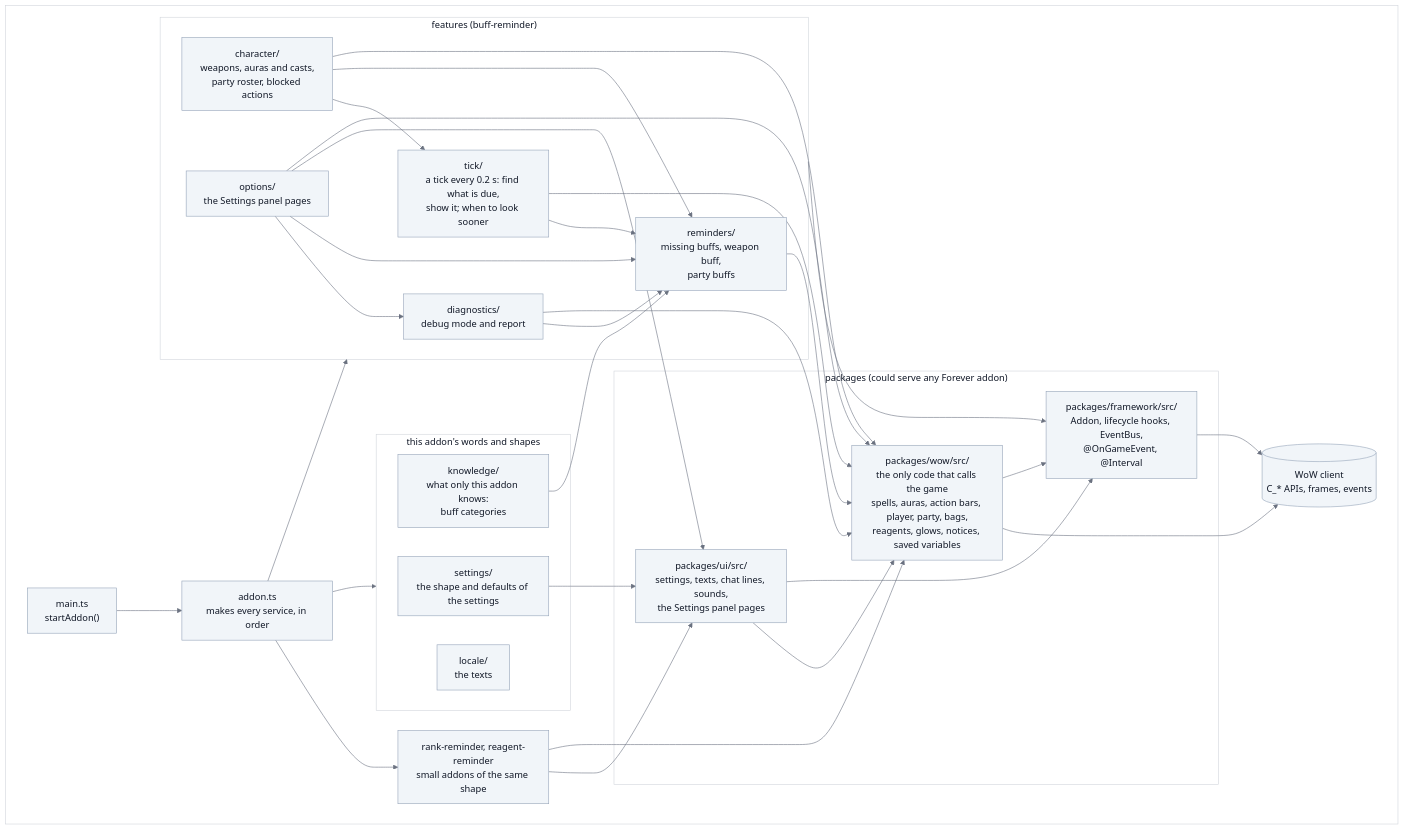
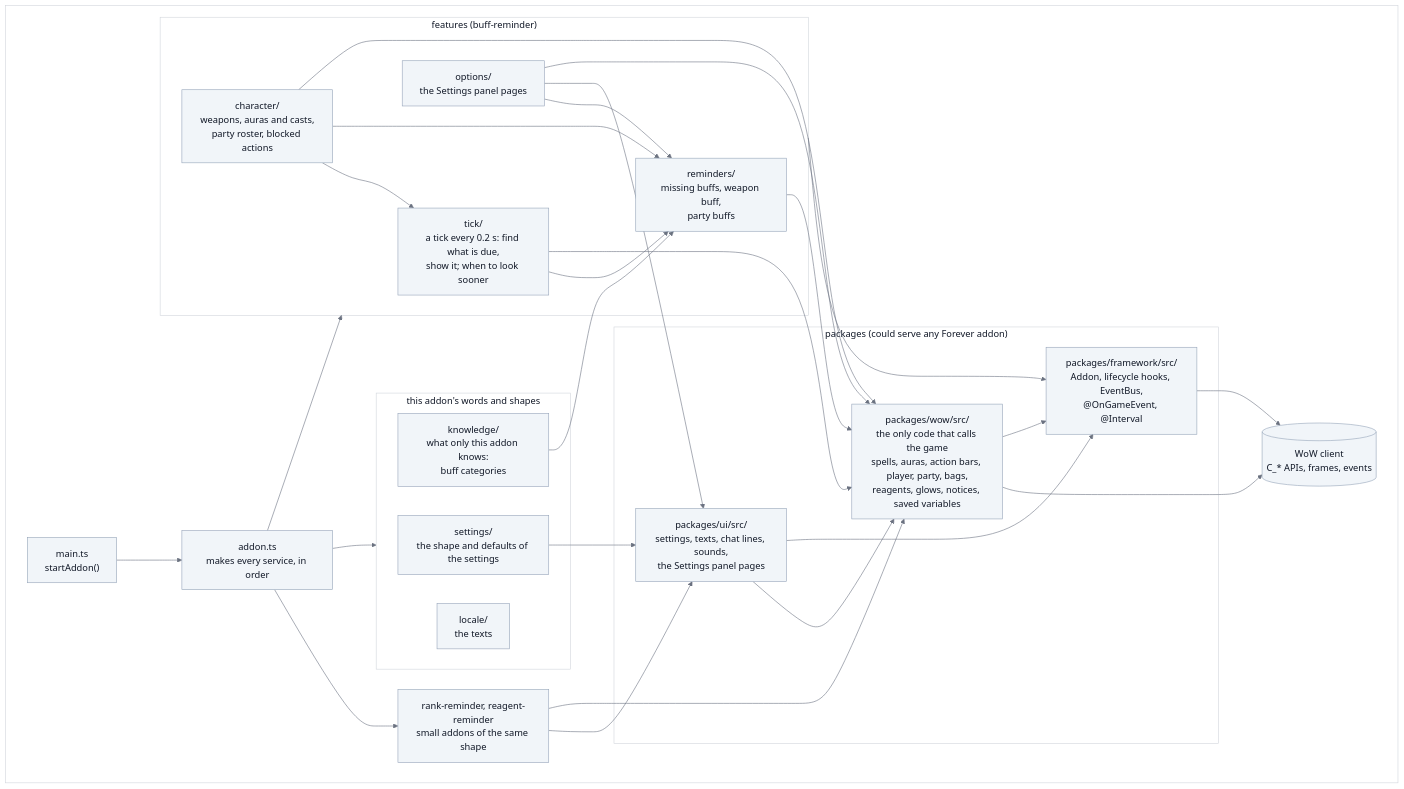
The second of 7 diagrams in docs/architecture.md (vattiss/wowkit), drawn with Mermaid before and after one commit. The commit also changed other lines of this file and 50 other files, not shown here.

First line of the commit message:
feat: one main page per addon, no debug report, and a shorter sound list

````diff
--- a/docs/architecture.md
+++ b/docs/architecture.md
@@ -78,60 +78,56 @@
 ```mermaid
 %%{init: {"theme":"base","themeVariables":{"background":"#ffffff","lineColor":"#6b7280","textColor":"#111827","primaryColor":"#f1f5f9","primaryTextColor":"#111827","primaryBorderColor":"#94a3b8","secondaryColor":"#e2e8f0","tertiaryColor":"#ffffff","mainBkg":"#f1f5f9","nodeBorder":"#94a3b8","nodeTextColor":"#111827","titleColor":"#111827","edgeLabelBackground":"#ffffff","labelBackground":"#ffffff","labelTextColor":"#111827","clusterBkg":"#ffffff","clusterBorder":"#d1d5db","classText":"#111827","actorBkg":"#f1f5f9","actorTextColor":"#111827","actorBorder":"#94a3b8","actorLineColor":"#6b7280","signalColor":"#374151","signalTextColor":"#111827","noteBkgColor":"#fef9c3","noteTextColor":"#111827","noteBorderColor":"#ca8a04"}}}%%
 flowchart TB
     classDef default fill:#f1f5f9,stroke:#94a3b8,color:#111827
     subgraph PANEL[" "]
         main["main.ts<br/>startAddon()"] --> wiring["addon.ts<br/>makes every service, in order"]
 
         subgraph words["this addon's words and shapes"]
             settings["settings/<br/>the shape and defaults of the settings"]
             locale["locale/<br/>the texts"]
             knowledge["knowledge/<br/>what only this addon knows:<br/>buff categories"]
         end
 
         subgraph features["features (buff-reminder)"]
             tick["tick/<br/>a tick every 0.2 s: find what is due,<br/>show it; when to look sooner"]
             character["character/<br/>weapons, auras and casts,<br/>party roster, blocked actions"]
             options["options/<br/>the Settings panel pages"]
-            diagnostics["diagnostics/<br/>debug mode and report"]
             reminders["reminders/<br/>missing buffs, weapon buff,<br/>party buffs"]
         end
 
         others["rank-reminder, reagent-reminder<br/>small addons of the same shape"]
 
         subgraph toolkit["packages (could serve any Forever addon)"]
             ui["packages/ui/src/<br/>settings, texts, chat lines, sounds,<br/>the Settings panel pages"]
             wow["packages/wow/src/<br/>the only code that calls the game<br/>spells, auras, action bars, player, party, bags,<br/>reagents, glows, notices, saved variables"]
             framework["packages/framework/src/<br/>Addon, lifecycle hooks, EventBus,<br/>@OnGameEvent, @Interval"]
         end
 
         game[("WoW client<br/>C_* APIs, frames, events")]
 
         wiring --> words
         wiring --> features
         wiring --> others
         others --> ui
         others --> wow
         tick --> reminders
         tick --> wow
         character --> tick
         character --> reminders
         character --> wow
-        options --> diagnostics
         options --> reminders
         options --> ui
         options --> wow
-        diagnostics --> reminders
-        diagnostics --> wow
         knowledge --> reminders
         reminders --> wow
         settings --> ui
         ui --> wow
         wow --> game
         wow --> framework
         ui --> framework
         framework --> game
         features --> framework
     end
     classDef panel fill:#ffffff,stroke:#d1d5db,color:#111827
     class PANEL panel
 ```
````
